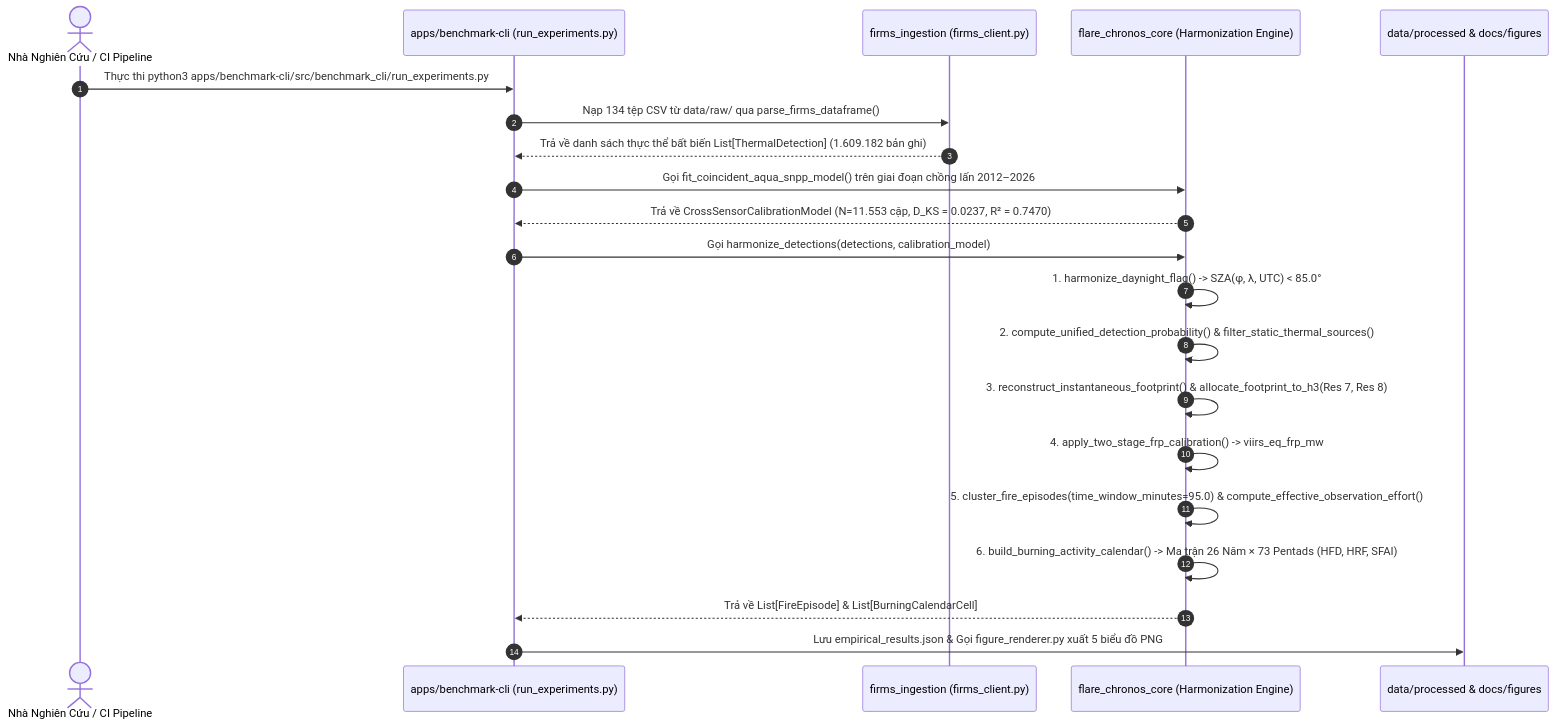
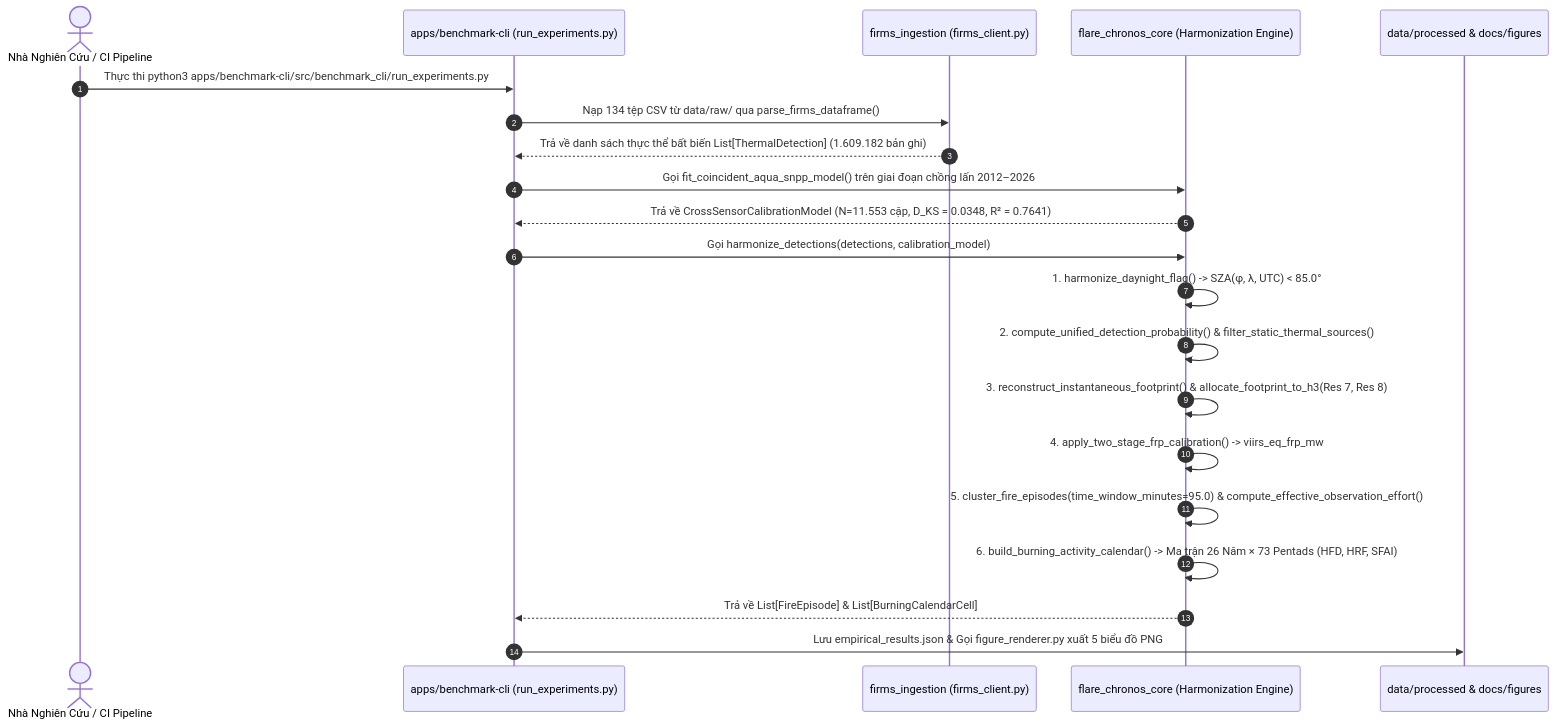
The second of 3 diagrams in exports/REPORT.md (the-aris-club/flare-chronos), drawn with Mermaid before and after one commit. The commit also changed other lines of this file and 12 other files, not shown here.

````diff
--- a/exports/REPORT.md
+++ b/exports/REPORT.md
@@ -127,24 +127,24 @@
 ```mermaid
 sequenceDiagram
     autonumber
     actor Dev as Nhà Nghiên Cứu / CI Pipeline
     participant CLI as apps/benchmark-cli (run_experiments.py)
     participant Ingest as firms_ingestion (firms_client.py)
     participant Core as flare_chronos_core (Harmonization Engine)
     participant Store as data/processed & docs/figures
 
     Dev->>CLI: Thực thi python3 apps/benchmark-cli/src/benchmark_cli/run_experiments.py
     CLI->>Ingest: Nạp 134 tệp CSV từ data/raw/ qua parse_firms_dataframe()
     Ingest-->>CLI: Trả về danh sách thực thể bất biến List[ThermalDetection] (1.609.182 bản ghi)
     CLI->>Core: Gọi fit_coincident_aqua_snpp_model() trên giai đoạn chồng lấn 2012–2026
-    Core-->>CLI: Trả về CrossSensorCalibrationModel (N=11.553 cặp, D_KS = 0.0237, R² = 0.7470)
+    Core-->>CLI: Trả về CrossSensorCalibrationModel (N=11.553 cặp, D_KS = 0.0348, R² = 0.7641)
     CLI->>Core: Gọi harmonize_detections(detections, calibration_model)
     Core->>Core: 1. harmonize_daynight_flag() -> SZA(φ, λ, UTC) < 85.0°
     Core->>Core: 2. compute_unified_detection_probability() & filter_static_thermal_sources()
     Core->>Core: 3. reconstruct_instantaneous_footprint() & allocate_footprint_to_h3(Res 7, Res 8)
     Core->>Core: 4. apply_two_stage_frp_calibration() -> viirs_eq_frp_mw
     Core->>Core: 5. cluster_fire_episodes(time_window_minutes=95.0) & compute_effective_observation_effort()
     Core->>Core: 6. build_burning_activity_calendar() -> Ma trận 26 Năm × 73 Pentads (HFD, HRF, SFAI)
     Core-->>CLI: Trả về List[FireEpisode] & List[BurningCalendarCell]
     CLI->>Store: Lưu empirical_results.json & Gọi figure_renderer.py xuất 5 biểu đồ PNG
 ```
````
